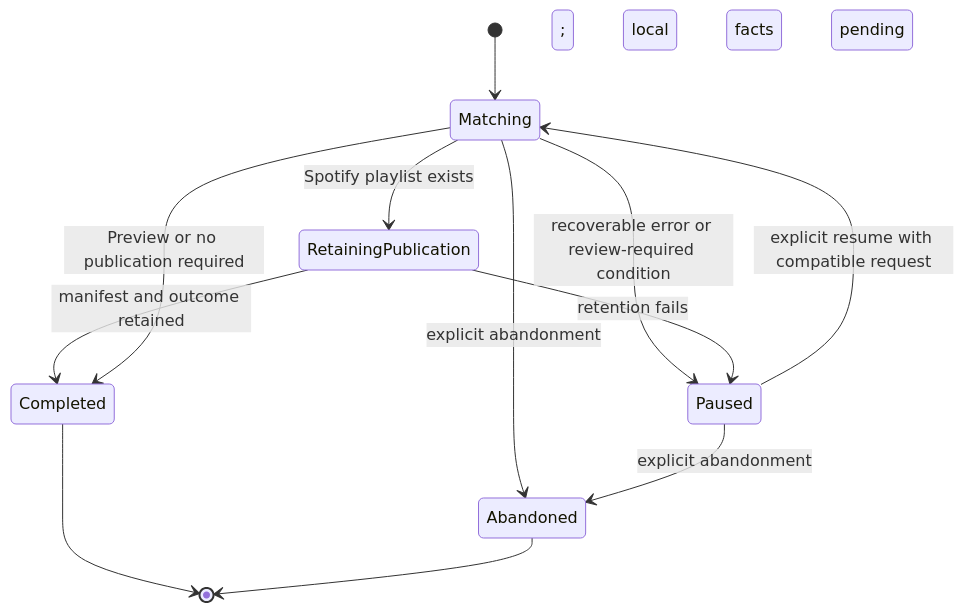
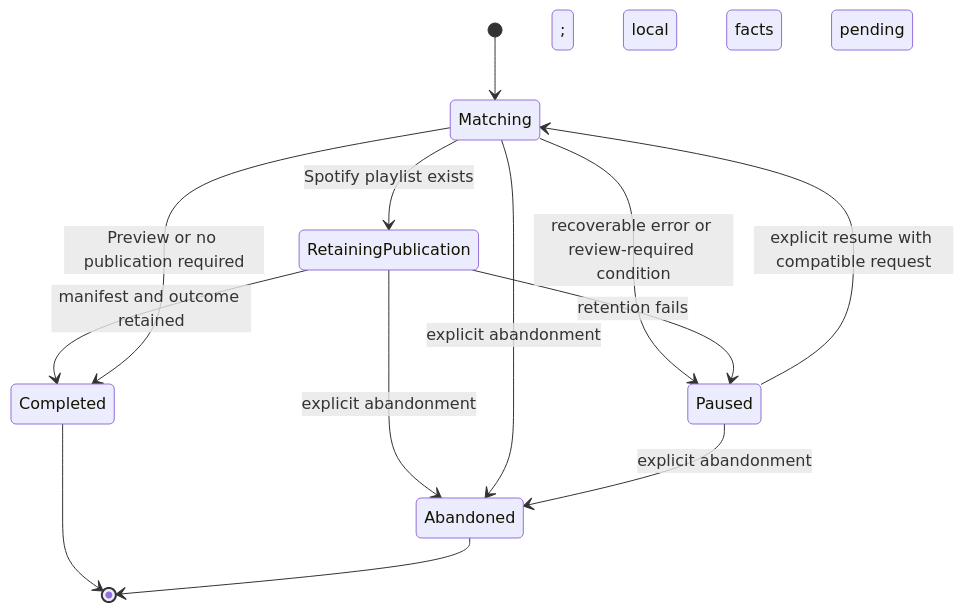
Before and after one commit to spontain112/djsupport: the second of 6 diagrams in docs/lifecycles.md, drawn with Mermaid. The commit also changed other lines of this file and 7 other files, not shown here.

Commit message:
Resolve architecture documentation reviews

````diff
--- a/docs/lifecycles.md
+++ b/docs/lifecycles.md
@@ -33,14 +35,15 @@
 ```mermaid
 stateDiagram-v2
     [*] --> Matching
     Matching --> Paused: recoverable error or review-required condition
     Paused --> Matching: explicit resume with compatible request
     Matching --> RetainingPublication: Spotify playlist exists; local facts pending
     RetainingPublication --> Paused: retention fails
     RetainingPublication --> Completed: manifest and outcome retained
+    RetainingPublication --> Abandoned: explicit abandonment
     Matching --> Completed: Preview or no publication required
     Matching --> Abandoned: explicit abandonment
     Paused --> Abandoned: explicit abandonment
     Completed --> [*]
     Abandoned --> [*]
 ```
````
